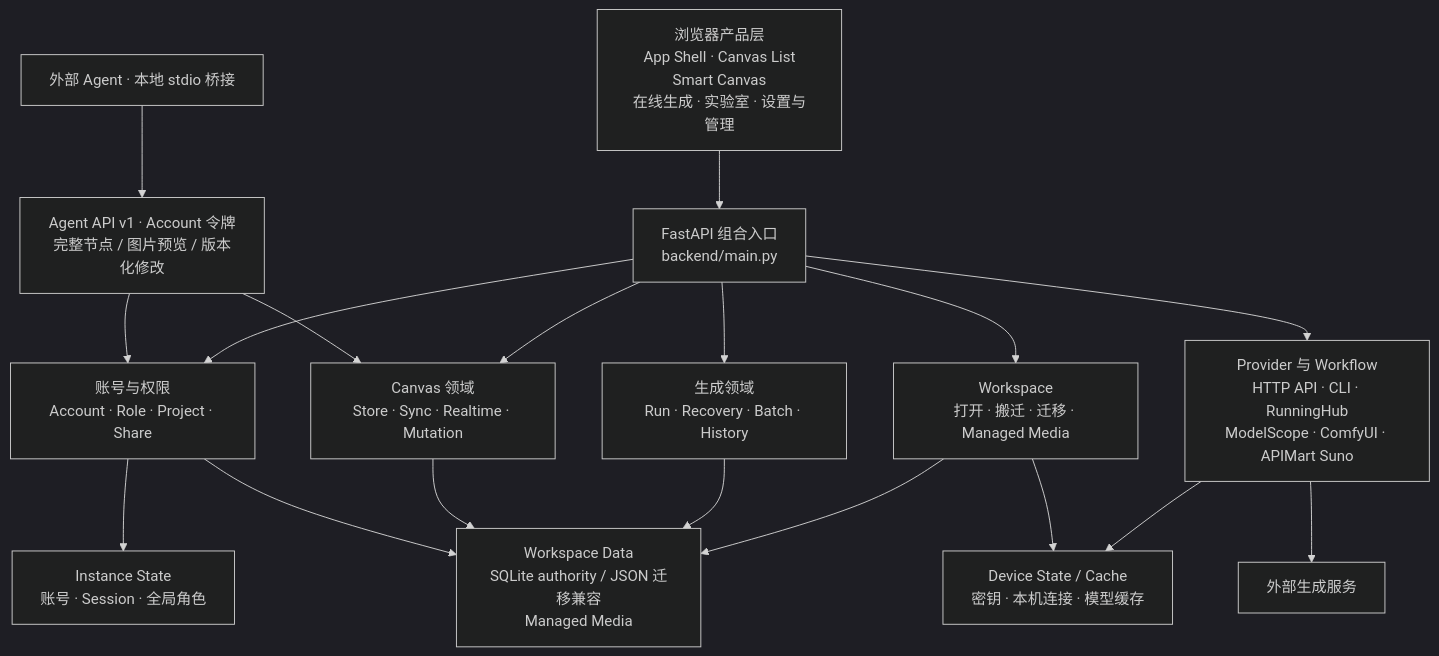
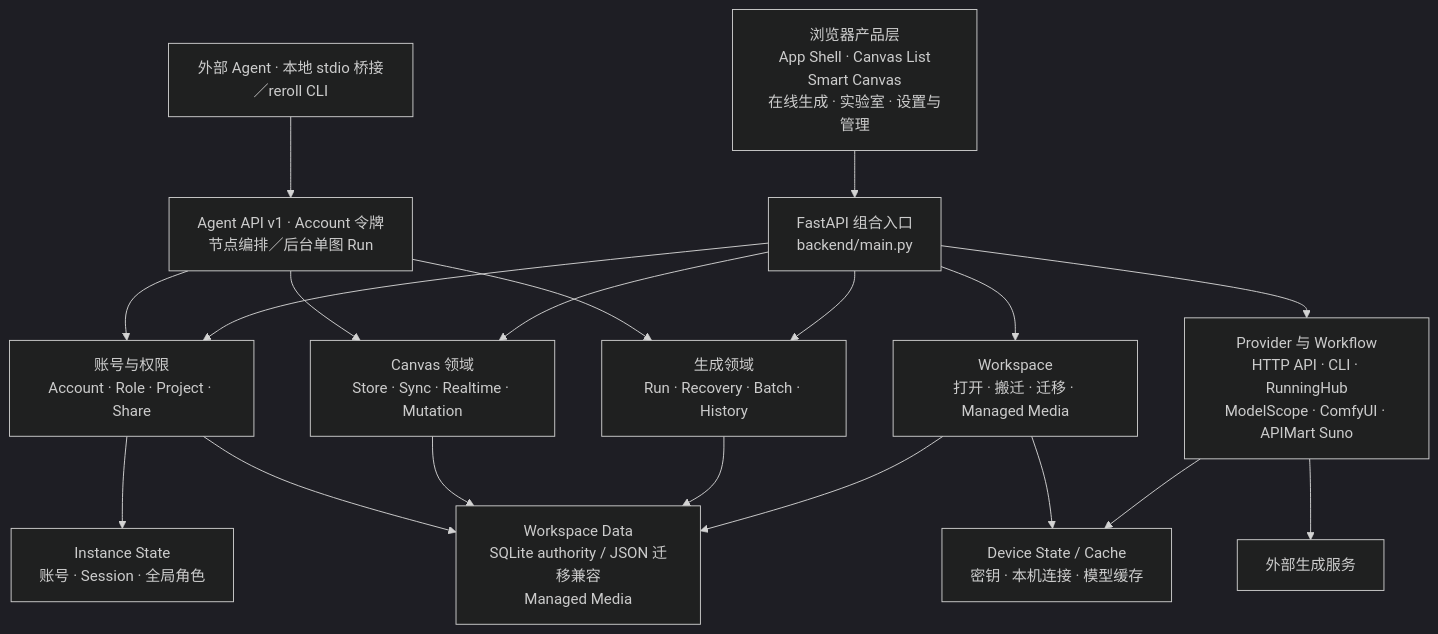
One commit to lazyq666/reroll-ai-canvas changed the first of 2 diagrams in docs/PROJECT-MAP.md. Above: the diagram before and after it, drawn with Mermaid (dark theme). The commit also changed other lines of this file and 45 other files, not shown here.

Commit message:
feat: add background Reroll image CLI (LAZ-106)

````diff
--- a/docs/PROJECT-MAP.md
+++ b/docs/PROJECT-MAP.md
@@ -48,32 +48,33 @@
 ```mermaid
 flowchart TB
     UI["浏览器产品层<br/>App Shell · Canvas List<br/>Smart Canvas<br/>在线生成 · 实验室 · 设置与管理"]
     API["FastAPI 组合入口<br/>backend/main.py"]
     AUTH["账号与权限<br/>Account · Role · Project · Share"]
     CANVAS["Canvas 领域<br/>Store · Sync · Realtime · Mutation"]
     GEN["生成领域<br/>Run · Recovery · Batch · History"]
     WORKSPACE["Workspace<br/>打开 · 搬迁 · 迁移 · Managed Media"]
     PROVIDER["Provider 与 Workflow<br/>HTTP API · CLI · RunningHub<br/>ModelScope · ComfyUI · APIMart Suno"]
     INSTANCE["Instance State<br/>账号 · Session · 全局角色"]
     CONTENT["Workspace Data<br/>SQLite authority / JSON 迁移兼容<br/>Managed Media"]
     DEVICE["Device State / Cache<br/>密钥 · 本机连接 · 模型缓存"]
     EXTERNAL["外部生成服务"]
 
-    AGENT["外部 Agent · 本地 stdio 桥接"] --> AGENTAPI["Agent API v1 · Account 令牌<br/>完整节点 / 图片预览 / 版本化修改"]
+    AGENT["外部 Agent · 本地 stdio 桥接／reroll CLI"] --> AGENTAPI["Agent API v1 · Account 令牌<br/>节点编排／后台单图 Run"]
     AGENTAPI --> AUTH
     AGENTAPI --> CANVAS
+    AGENTAPI --> GEN
     UI --> API
     API --> AUTH
     API --> CANVAS
     API --> GEN
     API --> WORKSPACE
     API --> PROVIDER
     AUTH --> INSTANCE
     AUTH --> CONTENT
     CANVAS --> CONTENT
     GEN --> CONTENT
     WORKSPACE --> CONTENT
     WORKSPACE --> DEVICE
     PROVIDER --> DEVICE
     PROVIDER --> EXTERNAL
 ```
````
